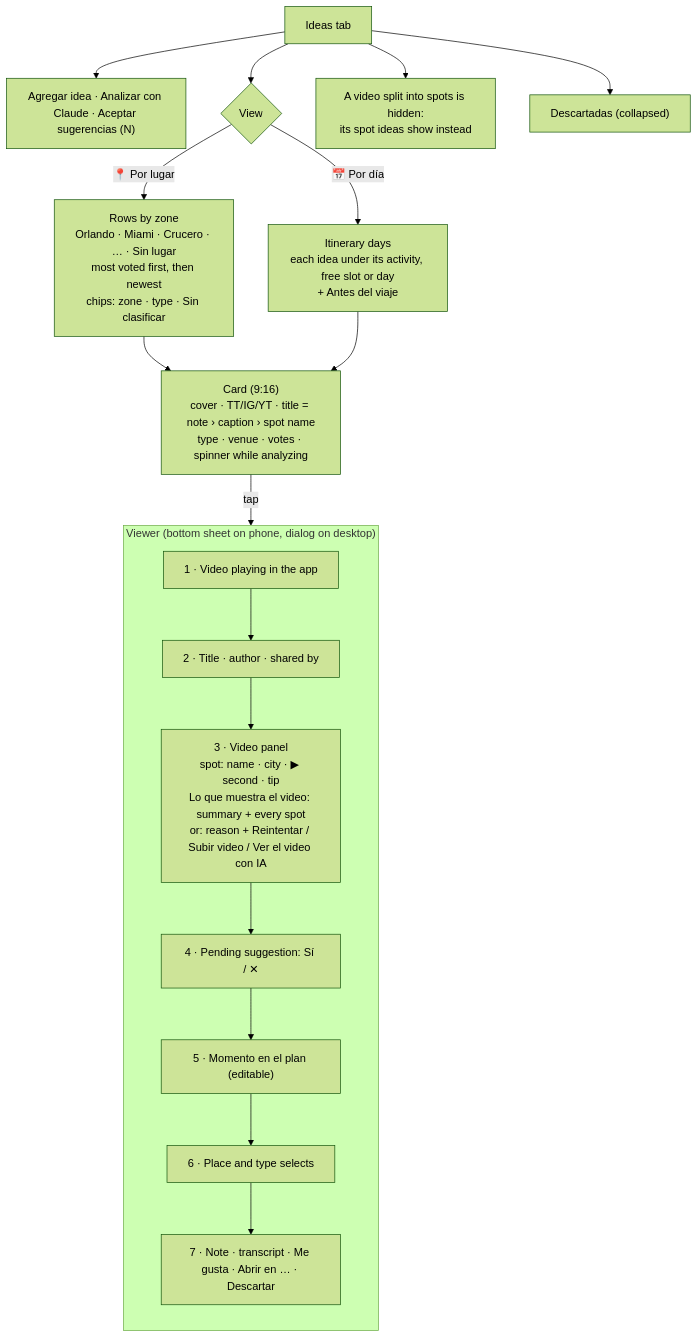
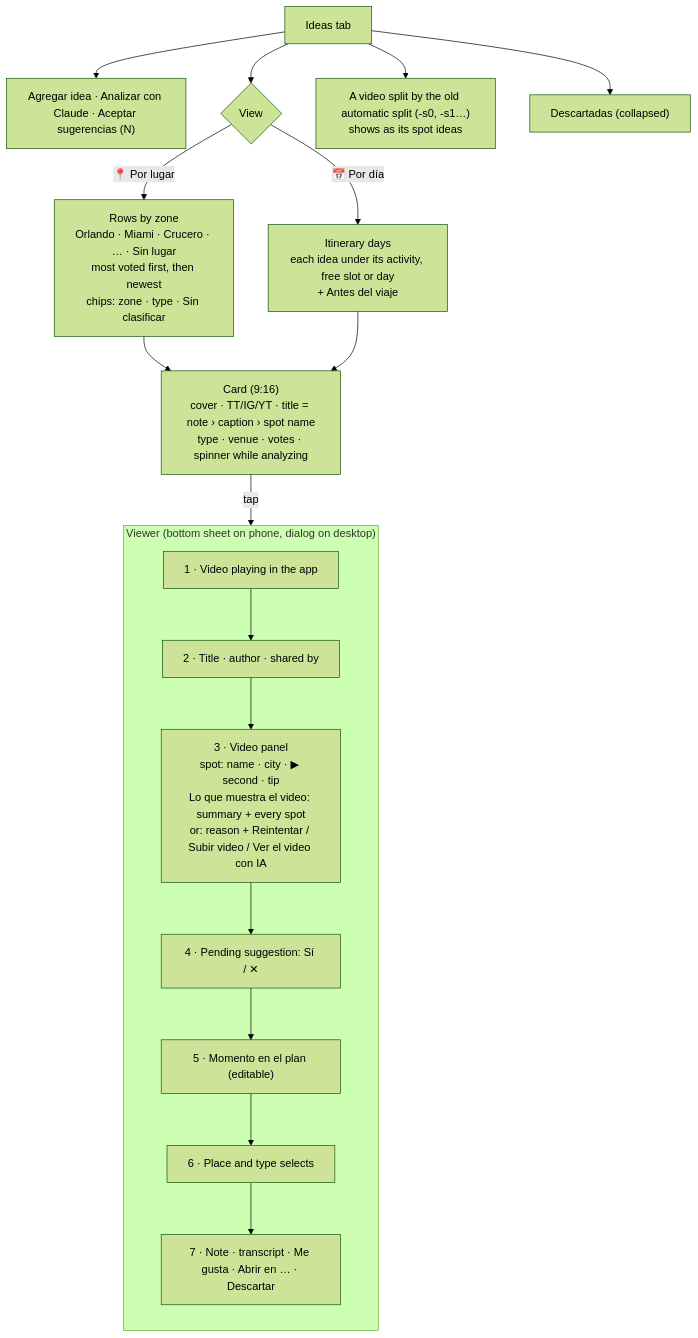
One commit to Wiljo2/TravelWith changed the fourth of 4 diagrams in docs/ideas-flow.md. Above: the diagram before and after it, drawn with Mermaid (forest theme). The commit also changed other lines of this file and 11 other files, not shown here.

First line of the commit message:
feat(ideas): spots become ideas only when the group saves them

````diff
--- a/docs/ideas-flow.md
+++ b/docs/ideas-flow.md
@@ -102,25 +102,25 @@
 ```mermaid
 flowchart TD
   Board["Ideas tab"] --> Top["Agregar idea · Analizar con Claude · Aceptar sugerencias (N)"]
   Board --> Toggle{"View"}
   Toggle -- "📍 Por lugar" --> ByPlace["Rows by zone<br/>Orlando · Miami · Crucero · … · Sin lugar<br/>most voted first, then newest<br/>chips: zone · type · Sin clasificar"]
   Toggle -- "📅 Por día" --> ByDay["Itinerary days<br/>each idea under its activity, free slot or day<br/>+ Antes del viaje"]
   ByPlace --> Card
   ByDay --> Card
-  Board --> Hidden["A video split into spots is hidden:<br/>its spot ideas show instead"]
+  Board --> Hidden["A video split by the old automatic split (-s0, -s1…)<br/>shows as its spot ideas"]
   Board --> Discarded["Descartadas (collapsed)"]
 
   Card["Card (9:16)<br/>cover · TT/IG/YT · title = note › caption › spot name<br/>type · venue · votes · spinner while analyzing"] -- tap --> Viewer
 
   subgraph Viewer["Viewer (bottom sheet on phone, dialog on desktop)"]
     direction TB
     V1["1 · Video playing in the app"]
     V2["2 · Title · author · shared by"]
     V3["3 · Video panel<br/>spot: name · city · ▶ second · tip<br/>Lo que muestra el video: summary + every spot<br/>or: reason + Reintentar / Subir video / Ver el video con IA"]
     V4["4 · Pending suggestion: Sí / ✕"]
     V5["5 · Momento en el plan (editable)"]
     V6["6 · Place and type selects"]
     V7["7 · Note · transcript · Me gusta · Abrir en … · Descartar"]
     V1 --> V2 --> V3 --> V4 --> V5 --> V6 --> V7
   end
 ```
````
